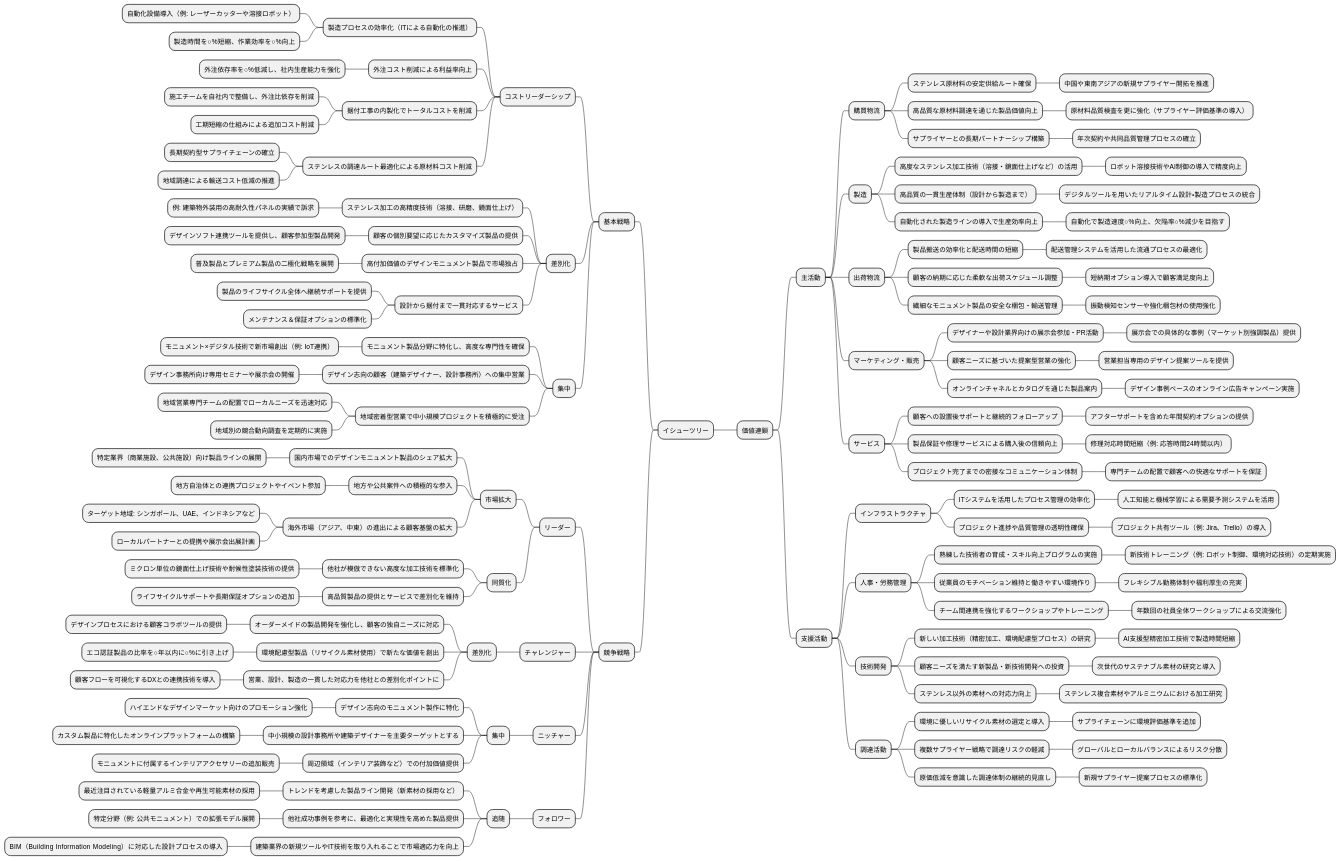
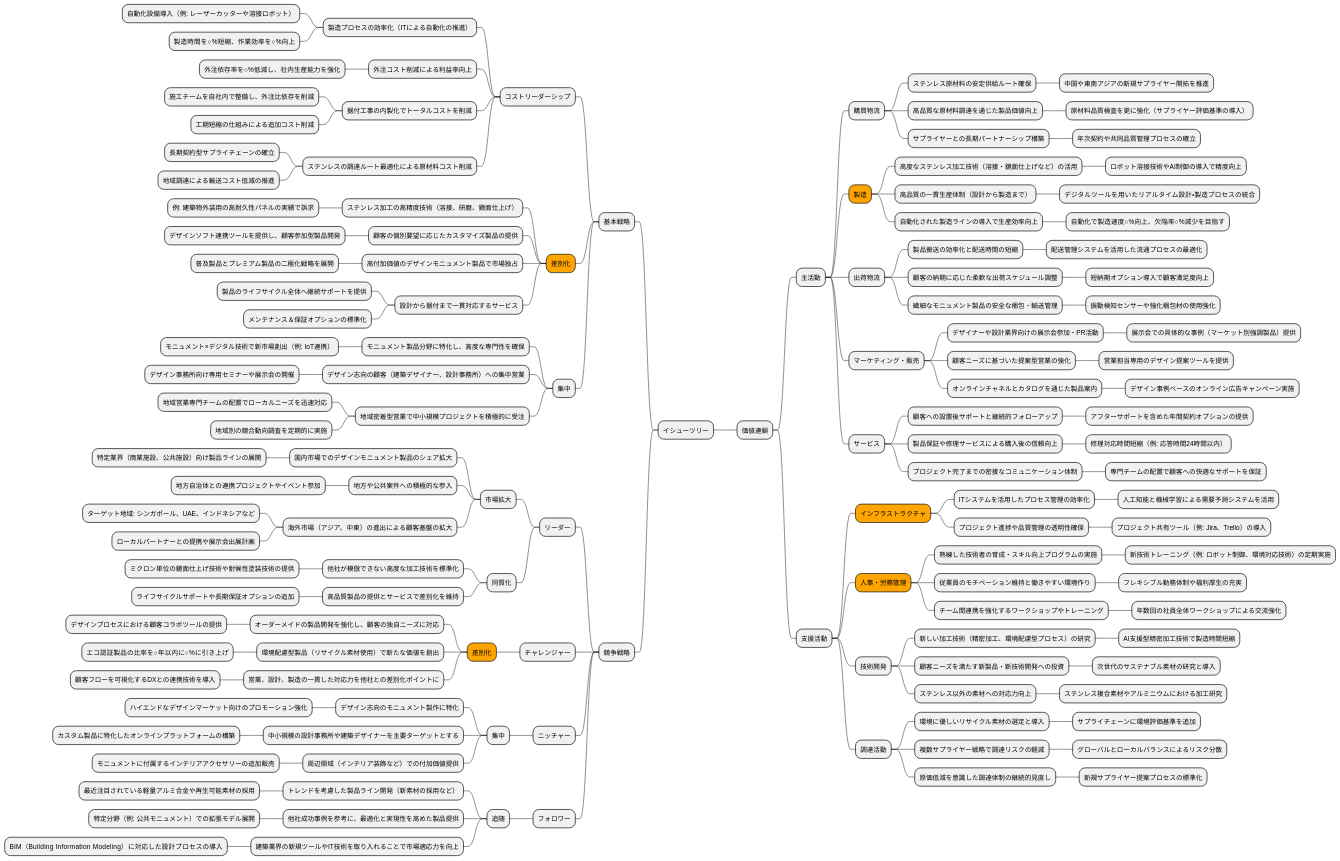
Diagram 11 of 19 in docs/case/r02_case_3.adoc (k2works/case-study-business-analysis), drawn with PlantUML before and after one commit. The commit also changed other lines of this file, not shown here.

```diff
--- a/docs/case/r02_case_3.adoc
+++ b/docs/case/r02_case_3.adoc
@@ -585,7 +589,7 @@
 **** ステンレスの調達ルート最適化による原材料コスト削減
 ***** 長期契約型サプライチェーンの確立
 ***** 地域調達による輸送コスト低減の推進
-*** 差別化
+***[#orange] 差別化
 **** ステンレス加工の高精度技術（溶接、研磨、鏡面仕上げ）
 ***** 例: 建築物外装用の高耐久性パネルの実績で訴求
 **** 顧客の個別要望に応じたカスタマイズ製品の提供
@@ -619,7 +623,7 @@
 ***** 高品質製品の提供とサービスで差別化を維持
 ****** ライフサイクルサポートや長期保証オプションの追加
 *** チャレンジャー
-**** 差別化
+****[#orange] 差別化
 ***** オーダーメイドの製品開発を強化し、顧客の独自ニーズに対応
 ****** デザインプロセスにおける顧客コラボツールの提供
 ***** 環境配慮型製品（リサイクル素材使用）で新たな価値を創出
@@ -652,7 +656,7 @@
 ****** 原材料品質検査を更に強化（サプライヤー評価基準の導入）
 ***** サプライヤーとの長期パートナーシップ構築
 ****** 年次契約や共同品質管理プロセスの確立
-**** 製造
+****[#orange] 製造
 ***** 高度なステンレス加工技術（溶接・鏡面仕上げなど）の活用
 ****** ロボット溶接技術やAI制御の導入で精度向上
 ***** 高品質の一貫生産体制（設計から製造まで）
@@ -681,12 +685,12 @@
 ***** プロジェクト完了までの密接なコミュニケーション体制
 ****** 専門チームの配置で顧客への快適なサポートを保証
 *** 支援活動
-**** インフラストラクチャ
+****[#orange] インフラストラクチャ
 ***** ITシステムを活用したプロセス管理の効率化
 ****** 人工知能と機械学習による需要予測システムを活用
 ***** プロジェクト進捗や品質管理の透明性確保
 ****** プロジェクト共有ツール（例: Jira、Trello）の導入
-**** 人事・労務管理
+****[#orange] 人事・労務管理
 ***** 熟練した技術者の育成・スキル向上プログラムの実施
 ****** 新技術トレーニング（例: ロボット制御、環境対応技術）の定期実施
 ***** 従業員のモチベーション維持と働きやすい環境作り
```
